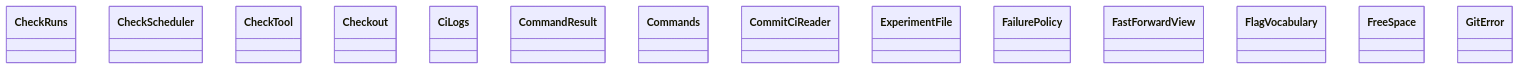
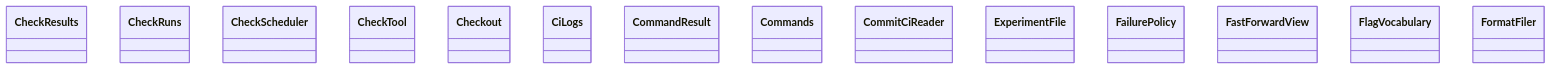
One commit to GonzaloZevallos/agentic-system changed the diagram in docs/architecture/generated/classes-process-application-support-2.md. Above: the diagram before and after it, drawn with Mermaid. The commit also changed other lines of this file and 12 other files, not shown here.

Commit message:
Place the format_issue module in the support cluster and regenerate the class diagrams

````diff
--- a/docs/architecture/generated/classes-process-application-support-2.md
+++ b/docs/architecture/generated/classes-process-application-support-2.md
@@ -20,17 +20,17 @@
 ```mermaid
 classDiagram
+    class ports__CheckResults["CheckResults"]
     class ports__CheckRuns["CheckRuns"]
     class ports__CheckScheduler["CheckScheduler"]
     class ports__CheckTool["CheckTool"]
     class ports__Checkout["Checkout"]
     class ports__CiLogs["CiLogs"]
     class ports__CommandResult["CommandResult"]
     class ports__Commands["Commands"]
     class ports__CommitCiReader["CommitCiReader"]
     class ports__ExperimentFile["ExperimentFile"]
     class ports__FailurePolicy["FailurePolicy"]
     class ports__FastForwardView["FastForwardView"]
     class ports__FlagVocabulary["FlagVocabulary"]
-    class ports__FreeSpace["FreeSpace"]
-    class ports__GitError["GitError"]
+    class ports__FormatFiler["FormatFiler"]
 ```
````
